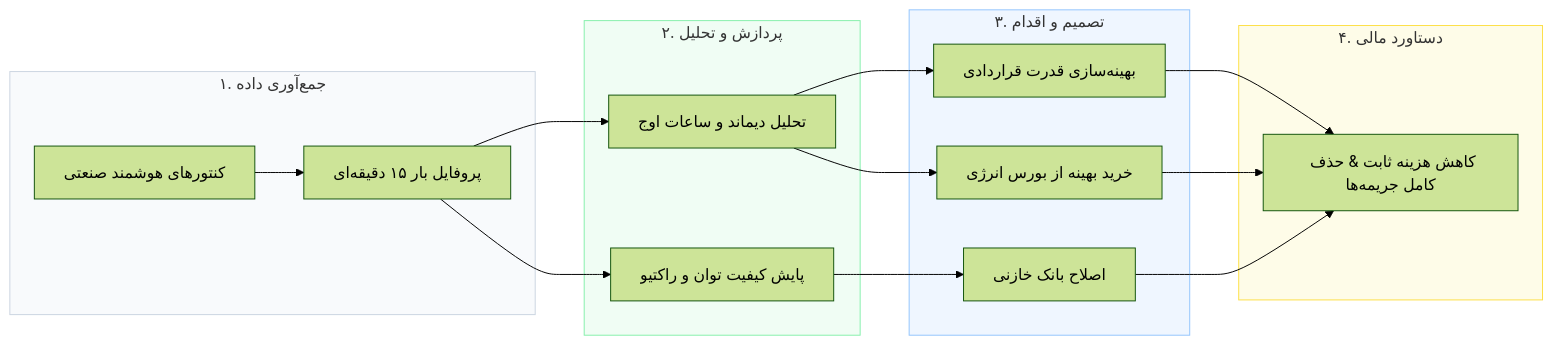
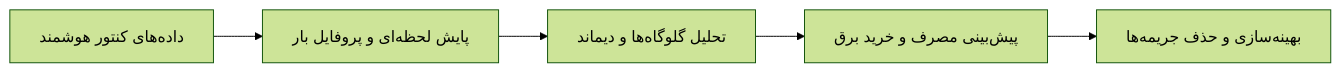
The diagram in README.md (SinaNazeran/behsa-digital), drawn with Mermaid (forest theme) before and after one commit. The commit also changed other lines of this file, not shown here.

````diff
--- a/README.md
+++ b/README.md
@@ -66,25 +41,7 @@
 ```mermaid
 flowchart LR
-    subgraph DataCollection["۱. جمع‌آوری داده"]
-        M["کنتورهای هوشمند صنعتی"] --> P["پروفایل بار ۱۵ دقیقه‌ای"]
-    end
-    subgraph Processing["۲. پردازش و تحلیل"]
-        P --> A["تحلیل دیماند و ساعات اوج"]
-        P --> Q["پایش کیفیت توان و راکتیو"]
-    end
-    subgraph Decision["۳. تصمیم و اقدام"]
-        A --> O["بهینه‌سازی قدرت قراردادی"]
-        Q --> C["اصلاح بانک خازنی"]
-        A --> T["خرید بهینه از بورس انرژی"]
-    end
-    subgraph Result["۴. دستاورد مالی"]
-        O --> R["کاهش هزینه ثابت & حذف کامل جریمه‌ها"]
-        C --> R
-        T --> R
-    end
-
-    style DataCollection fill:#f8fafc,stroke:#cbd5e1,stroke-width:1px
-    style Processing fill:#f0fdf4,stroke:#86efac,stroke-width:1px
-    style Decision fill:#eff6ff,stroke:#93c5fd,stroke-width:1px
-    style Result fill:#fefce8,stroke:#fde047,stroke-width:1px
+    A["داده‌های کنتور هوشمند"] --> B["پایش لحظه‌ای و پروفایل بار"]
+    B --> C["تحلیل گلوگاه‌ها و دیماند"]
+    C --> D["پیش‌بینی مصرف و خرید برق"]
+    D --> E["بهینه‌سازی و حذف جریمه‌ها"]
 ```
````
